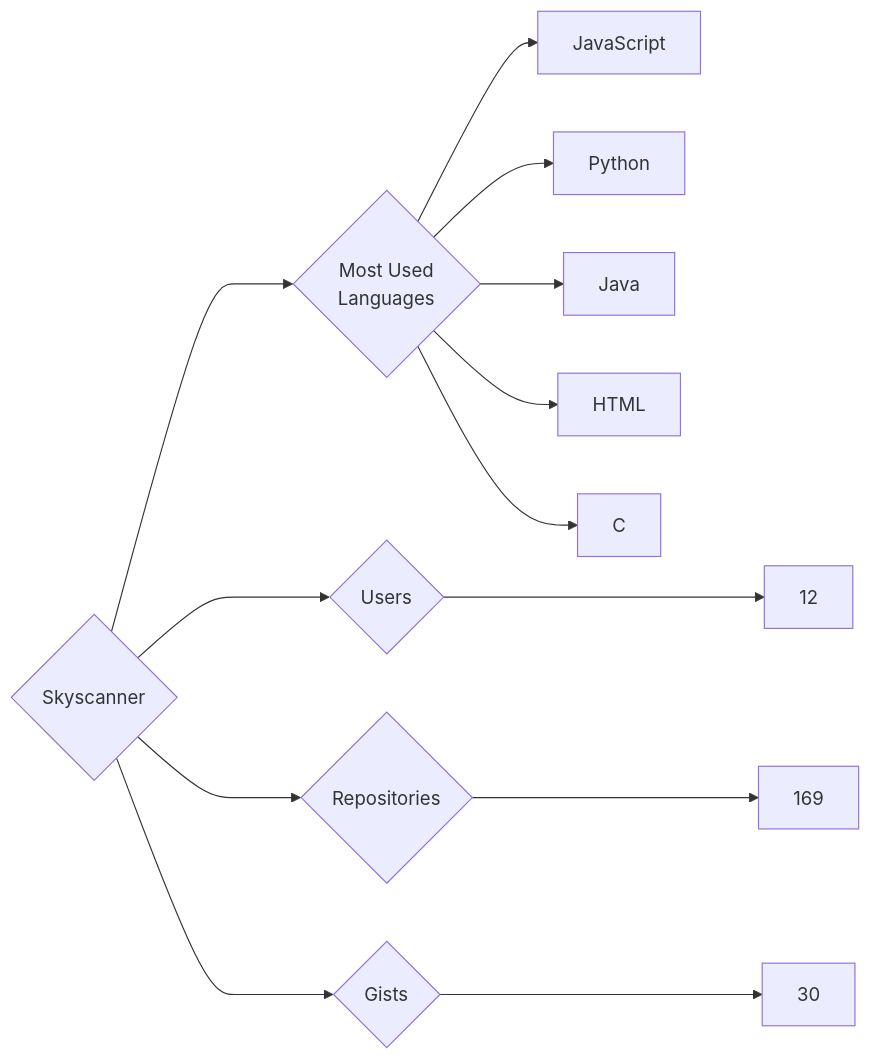
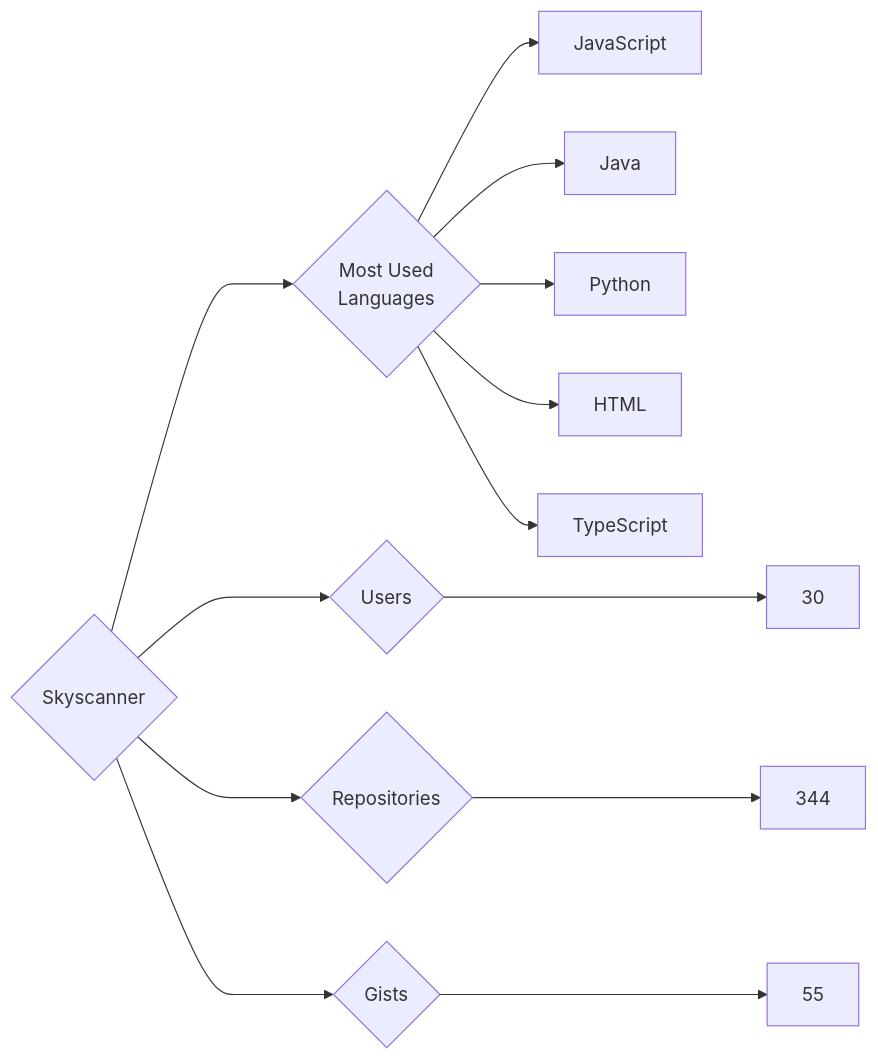
Before and after one commit to trickest/insiders: the diagram in targets/Skyscanner/README.md, drawn with Mermaid. The commit also changed 715 other files, not shown here.

````diff
--- a/targets/Skyscanner/README.md
+++ b/targets/Skyscanner/README.md
@@ -3,13 +3,13 @@
 ```mermaid
 graph LR
 COMPANY_NAME{Skyscanner}
-COMPANY_NAME ---> U{Users} ---> UN[12]
-COMPANY_NAME ---> R{Repositories} ---> RN[169]
-COMPANY_NAME ---> G{Gists} ---> GN[30]
+COMPANY_NAME ---> U{Users} ---> UN[30]
+COMPANY_NAME ---> R{Repositories} ---> RN[344]
+COMPANY_NAME ---> G{Gists} ---> GN[55]
 COMPANY_NAME ---> ML{Most Used<br>Languages}
 ML --> JavaScript[JavaScript]
+ML --> Java[Java]
 ML --> Python[Python]
-ML --> Java[Java]
 ML --> HTML[HTML]
-ML --> C[C]
+ML --> TypeScript[TypeScript]
 ```
````
